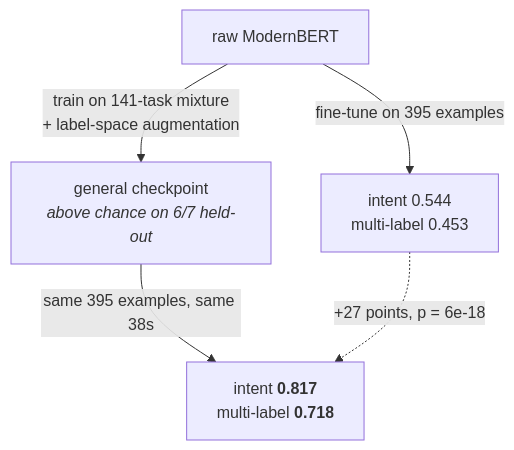
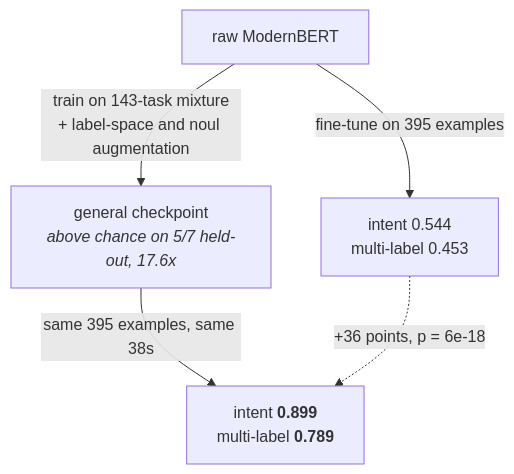
One commit to S1LV3RJ1NX/openjev changed the fourth of 4 diagrams in docs/architecture.md. Above: the diagram before and after it, drawn with Mermaid. The commit also changed other lines of this file and 1 other file, not shown here.

First line of the commit message:
Propagate the refreshed router numbers into README and architecture

````diff
--- a/docs/architecture.md
+++ b/docs/architecture.md
@@ -159,7 +159,7 @@
 ```mermaid
 flowchart TB
     RAW["raw ModernBERT"] -->|"fine-tune on 395 examples"| A["intent 0.544<br/>multi-label 0.453"]
-    RAW -->|"train on 141-task mixture<br/>+ label-space augmentation"| GEN["general checkpoint<br/><i>above chance on 6/7 held-out</i>"]
-    GEN -->|"same 395 examples, same 38s"| B["intent <b>0.817</b><br/>multi-label <b>0.718</b>"]
-    A -.->|"+27 points, p = 6e-18"| B
+    RAW -->|"train on 143-task mixture<br/>+ label-space and noul augmentation"| GEN["general checkpoint<br/><i>above chance on 5/7 held-out, 17.6x</i>"]
+    GEN -->|"same 395 examples, same 38s"| B["intent <b>0.899</b><br/>multi-label <b>0.789</b>"]
+    A -.->|"+36 points, p = 6e-18"| B
 ```
````
